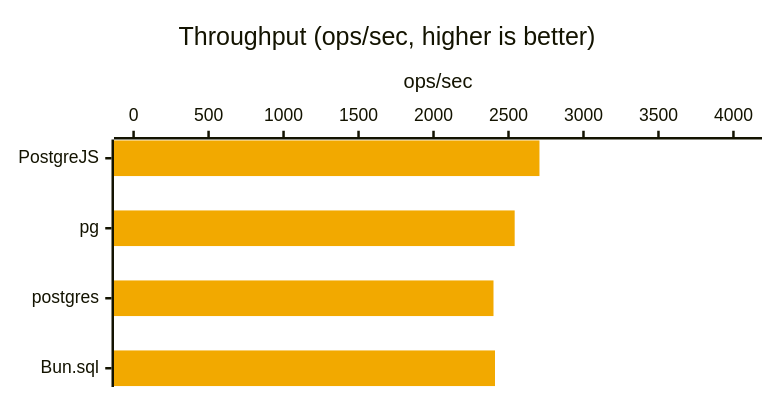
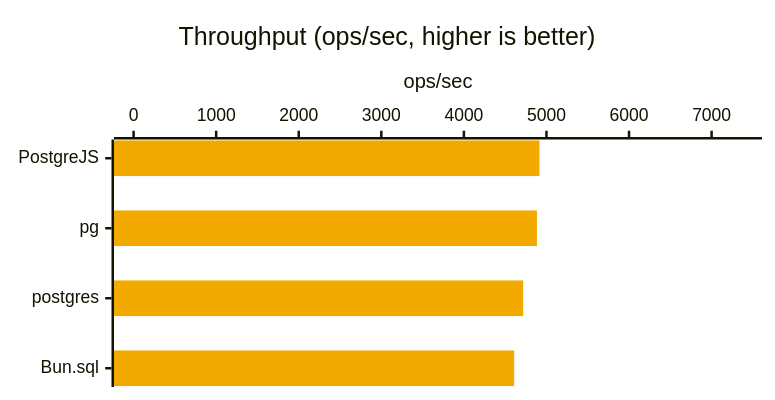
One commit to panates/postgrejs-doc changed the fifth of 56 diagrams in docs/getting-started/benchmarks-bun.md. Above: the diagram before and after it, drawn with Mermaid. The commit also changed other lines of this file and 13 other files, not shown here.

````diff
--- a/docs/getting-started/benchmarks-bun.md
+++ b/docs/getting-started/benchmarks-bun.md
@@ -173,8 +180,8 @@
 ```mermaid
 %%{init: {'xyChart': {'width': 600, 'height': 300, 'chartOrientation': 'horizontal'}, 'themeVariables': {'xyChart': {'plotColorPalette': '#f2a900'}}}}%%
 xychart-beta
     title "Throughput (ops/sec, higher is better)"
     x-axis ["PostgreJS", "pg", "postgres", "Bun.sql"]
-    y-axis "ops/sec" 0.0000 --> 4059.6910
-    bar [2706.4607, 2541.1610, 2399.9264, 2409.9581]
+    y-axis "ops/sec" 0.0000 --> 7372.9417
+    bar [4915.2944, 4884.5908, 4717.9954, 4608.8695]
 ```
````
